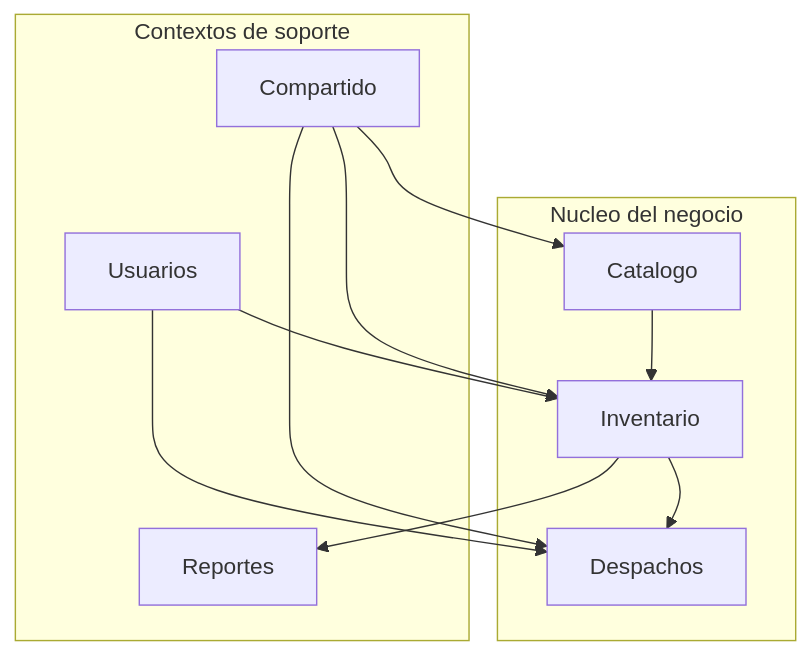
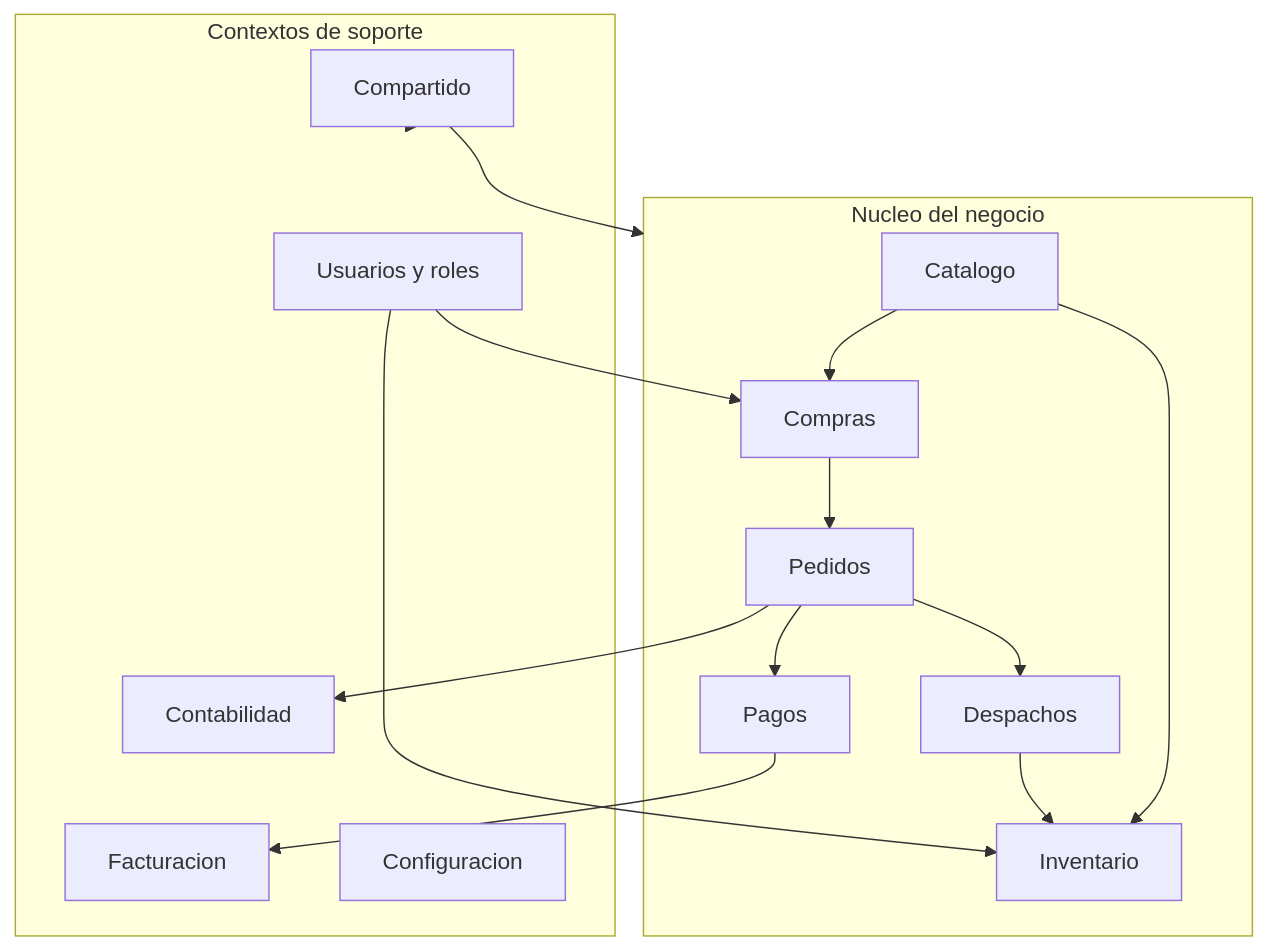
The diagram in docs/modelo_dominio.md (javierRock/SoftwareTextil), drawn with Mermaid before and after one commit. The commit also changed other lines of this file and 149 other files, not shown here.

````diff
--- a/docs/modelo_dominio.md
+++ b/docs/modelo_dominio.md
@@ -33,23 +31,32 @@
 ```mermaid
 flowchart TB
     subgraph Core["Nucleo del negocio"]
         Catalogo["Catalogo"]
         Inventario["Inventario"]
+        Compras["Compras"]
+        Pedidos["Pedidos"]
+        Pagos["Pagos"]
         Despachos["Despachos"]
     end
 
     subgraph Soporte["Contextos de soporte"]
-        Usuarios["Usuarios"]
-        Reportes["Reportes"]
+        Usuarios["Usuarios y roles"]
+        Contabilidad["Contabilidad"]
+        Facturacion["Facturacion"]
+        Configuracion["Configuracion"]
         Compartido["Compartido"]
     end
 
     Catalogo --> Inventario
-    Inventario --> Despachos
-    Inventario --> Reportes
+    Catalogo --> Compras
+    Compras --> Pedidos
+    Pedidos --> Pagos
+    Pedidos --> Despachos
+    Despachos --> Inventario
+    Pagos --> Facturacion
+    Pedidos --> Contabilidad
+    Usuarios --> Compras
     Usuarios --> Inventario
-    Usuarios --> Despachos
-    Compartido --> Catalogo
-    Compartido --> Inventario
-    Compartido --> Despachos
+    Compartido --> Core
+    Compartido --> Soporte
 ```
````
